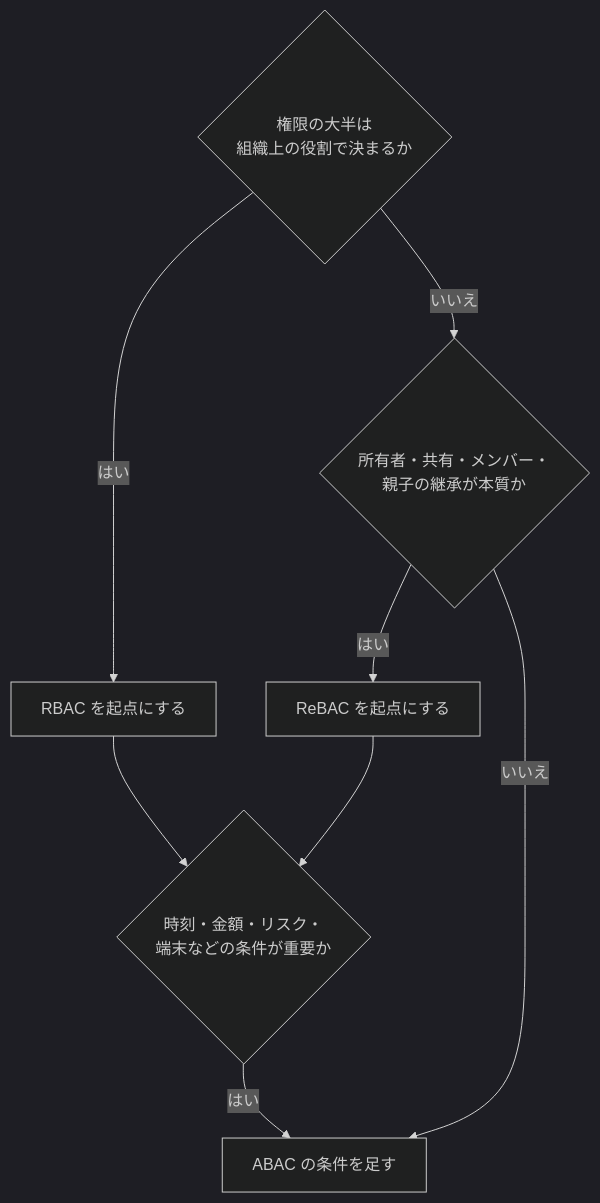
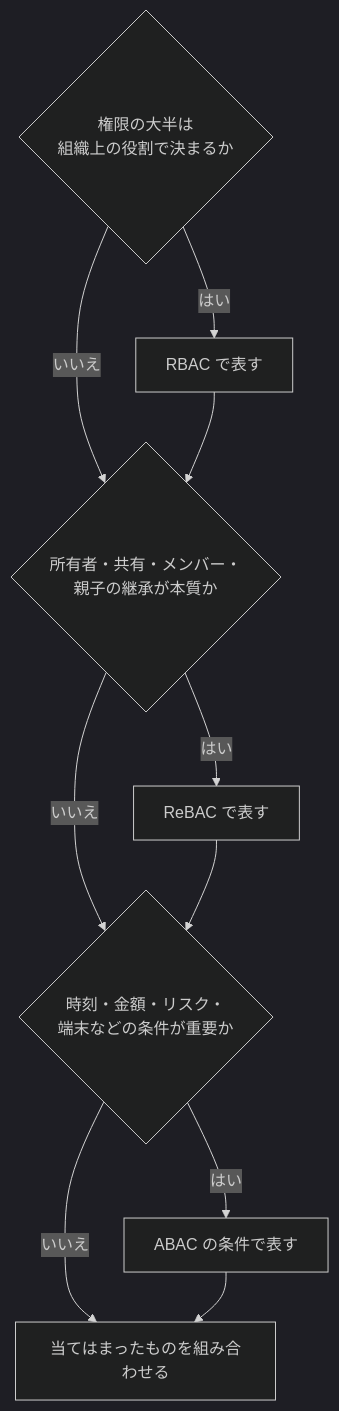
Before and after one commit to bmf-san/bmf-tech: the fourth of 4 diagrams in content/ja/posts/authorization-architecture-models-engines.md, drawn with Mermaid (dark theme). The commit also changed other lines of this file and 1 other file, not shown here.

Commit message:
docs: 認可のモデルの記事で、PEPの図をゲートウェイとサービス内に分け、設計の要点を外し、モデルの組み合わせの図と一覧の出典の範囲を直す

````diff
--- a/content/ja/posts/authorization-architecture-models-engines.md
+++ b/content/ja/posts/authorization-architecture-models-engines.md
@@ -160,16 +161,19 @@
 ```mermaid
 flowchart TD
     Q1{"権限の大半は<br/>組織上の役割で決まるか"}
     Q2{"所有者・共有・メンバー・<br/>親子の継承が本質か"}
     Q3{"時刻・金額・リスク・<br/>端末などの条件が重要か"}
-    R["RBAC を起点にする"]
-    B["ReBAC を起点にする"]
-    A["ABAC の条件を足す"]
+    R["RBAC で表す"]
+    B["ReBAC で表す"]
+    A["ABAC の条件で表す"]
+    E["当てはまったものを組み合わせる"]
     Q1 -- "はい" --> R
     Q1 -- "いいえ" --> Q2
+    R --> Q2
     Q2 -- "はい" --> B
-    Q2 -- "いいえ" --> A
-    R --> Q3
+    Q2 -- "いいえ" --> Q3
     B --> Q3
     Q3 -- "はい" --> A
+    Q3 -- "いいえ" --> E
+    A --> E
 ```
````
